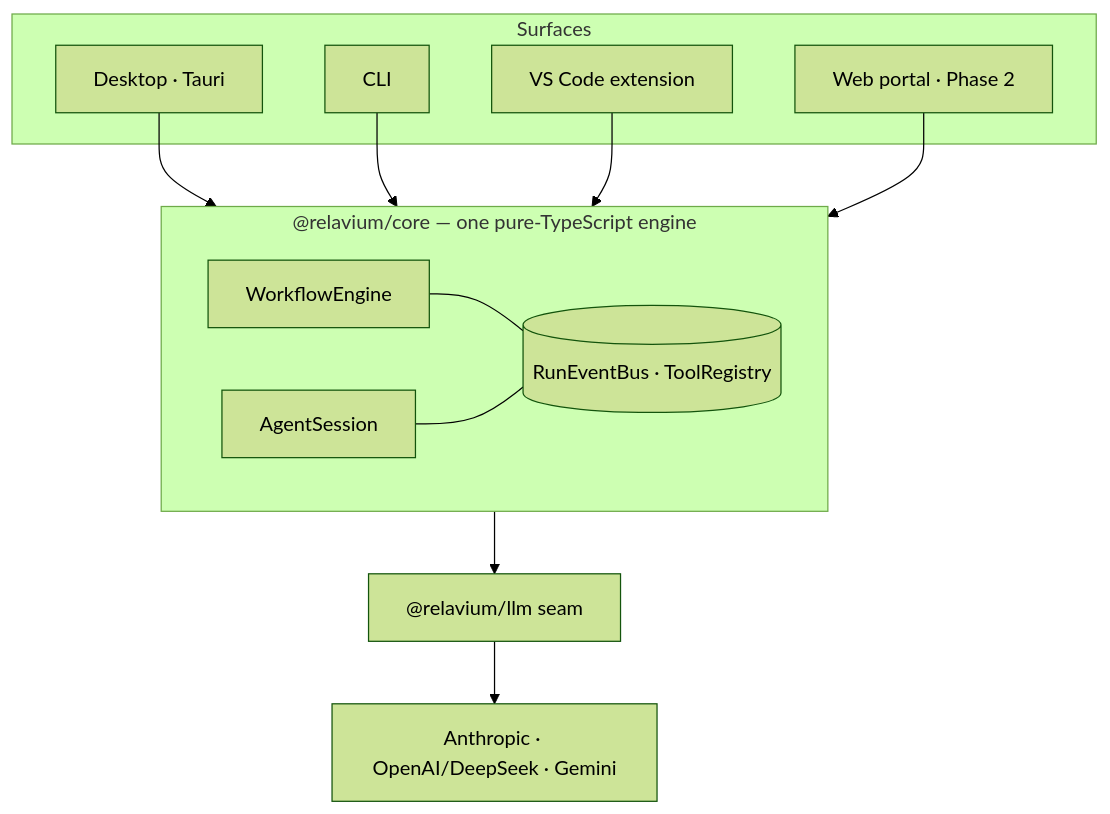
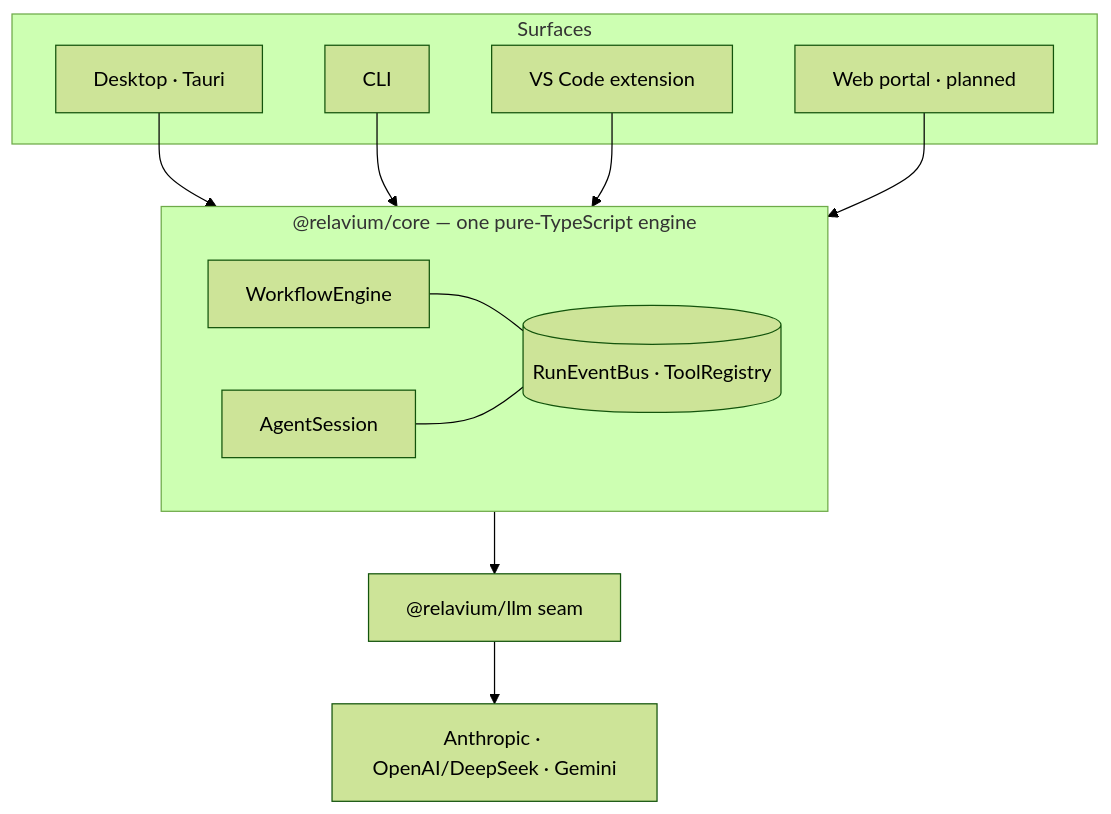
Before and after one commit to HodeTech/Relavium: the diagram in README.md, drawn with Mermaid (forest theme). The commit also changed other lines of this file and 4 other files, not shown here.

Commit message:
docs(roadmap): update status for Phase 1 completion and outline Phase 2.6 objectives

````diff
--- a/README.md
+++ b/README.md
@@ -73,23 +78,23 @@
 ```mermaid
 flowchart TD
     subgraph Surfaces
         D[Desktop · Tauri]
         C[CLI]
         V[VS Code extension]
-        P[Web portal · Phase 2]
+        P[Web portal · planned]
     end
     subgraph Engine["@relavium/core — one pure-TypeScript engine"]
         WE[WorkflowEngine]
         AS[AgentSession]
         BUS[(RunEventBus · ToolRegistry)]
         WE --- BUS
         AS --- BUS
     end
     SEAM["@relavium/llm seam"]
     PROV[Anthropic · OpenAI/DeepSeek · Gemini]
     D --> Engine
     C --> Engine
     V --> Engine
     P --> Engine
     Engine --> SEAM --> PROV
 ```
````
